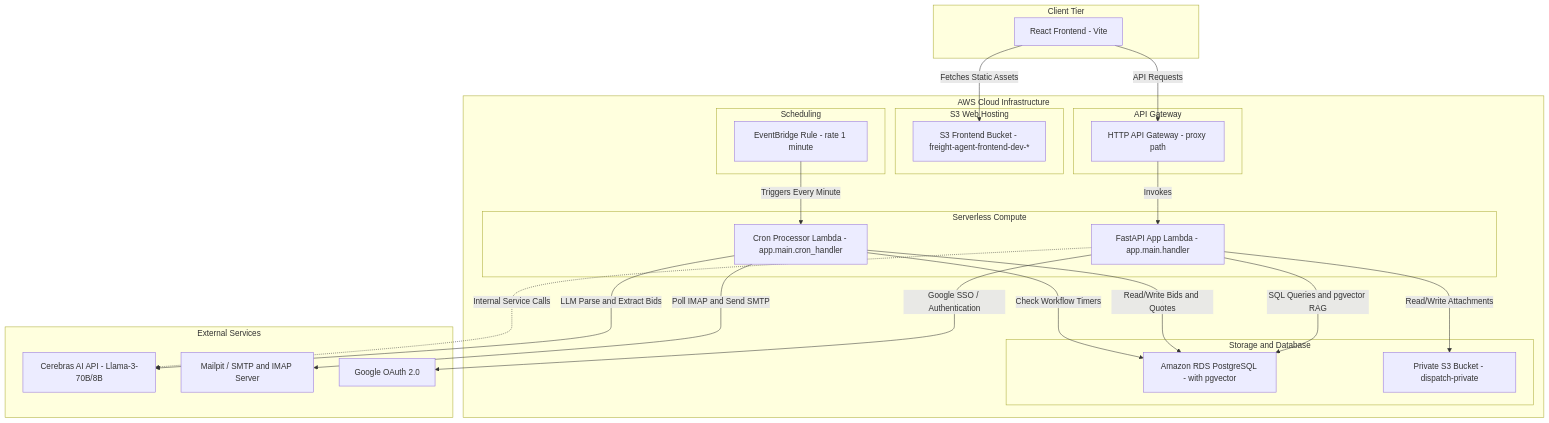
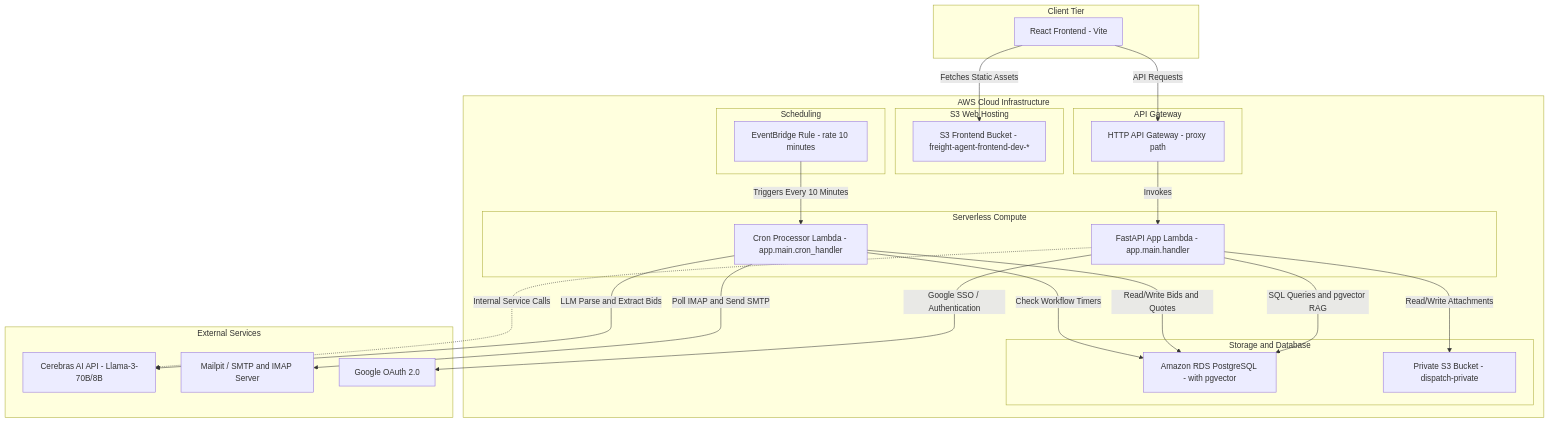
The first of 2 diagrams in README.md (vishwakarma09/freight-agent-aws), drawn with Mermaid before and after one commit. The commit also changed 2 other files, not shown here.

Commit message:
chore: update cron schedule frequency from 1 minute to 10 minutes

````diff
--- a/README.md
+++ b/README.md
@@ -9,56 +9,56 @@
 ```mermaid
 graph TD
     subgraph Client ["Client Tier"]
         Browser["React Frontend - Vite"]
     end
 
     subgraph AWS ["AWS Cloud Infrastructure"]
         subgraph StaticHosting ["S3 Web Hosting"]
             FrontendBucket["S3 Frontend Bucket - freight-agent-frontend-dev-*"]
         end
 
         subgraph APIGateway ["API Gateway"]
             HttpApi["HTTP API Gateway - proxy path"]
         end
 
         subgraph Compute ["Serverless Compute"]
             ApiLambda["FastAPI App Lambda - app.main.handler"]
             CronLambda["Cron Processor Lambda - app.main.cron_handler"]
         end
 
         subgraph EventBridge ["Scheduling"]
-            CronRule["EventBridge Rule - rate 1 minute"]
+            CronRule["EventBridge Rule - rate 10 minutes"]
         end
 
         subgraph Storage ["Storage and Database"]
             Postgres["Amazon RDS PostgreSQL - with pgvector"]
             PrivateS3["Private S3 Bucket - dispatch-private"]
         end
     end
 
     subgraph External ["External Services"]
         Cerebras["Cerebras AI API - Llama-3-70B/8B"]
         EmailServer["Mailpit / SMTP and IMAP Server"]
         GoogleAuth["Google OAuth 2.0"]
     end
 
     %% Interactions
     Browser -->|Fetches Static Assets| FrontendBucket
     Browser -->|API Requests| HttpApi
     HttpApi -->|Invokes| ApiLambda
 
-    CronRule -->|Triggers Every Minute| CronLambda
+    CronRule -->|Triggers Every 10 Minutes| CronLambda
 
     %% Lambda Operations
     ApiLambda -->|SQL Queries and pgvector RAG| Postgres
     ApiLambda -->|Read/Write Attachments| PrivateS3
     ApiLambda -->|Google SSO / Authentication| GoogleAuth
 
     CronLambda -->|Read/Write Bids and Quotes| Postgres
     CronLambda -->|Check Workflow Timers| Postgres
     CronLambda -->|Poll IMAP and Send SMTP| EmailServer
     CronLambda -->|LLM Parse and Extract Bids| Cerebras
     
     %% Shared DB access
     ApiLambda -.->|Internal Service Calls| Cerebras
 ```
````
